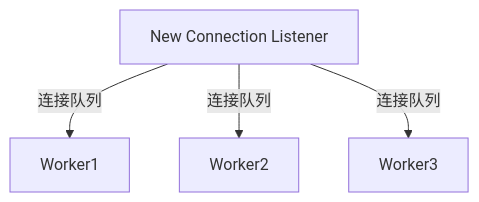
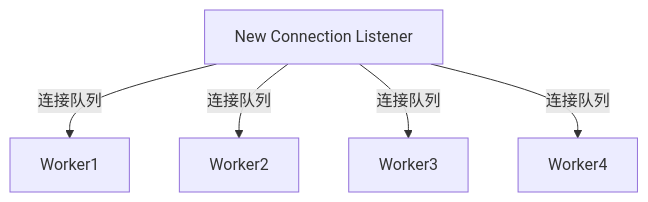
The diagram in _posts/2020-04-18-单生产者单消费者的无锁队列.md (cmyzld/cmyzld.github.io), drawn with Mermaid before and after one commit.

````diff
--- a/_posts/2020-04-18-单生产者单消费者的无锁队列.md
+++ b/_posts/2020-04-18-单生产者单消费者的无锁队列.md
@@ -17,10 +17,12 @@
 ```mermaid
 graph TB;
     A[New Connection Listener]
     B[Worker1]
     C[Worker2]
     D[Worker3]
+    E[Worker4]
     A--连接队列-->B;
     A--连接队列-->C;
     A--连接队列-->D;
+    A--连接队列-->E;
 ```
````
